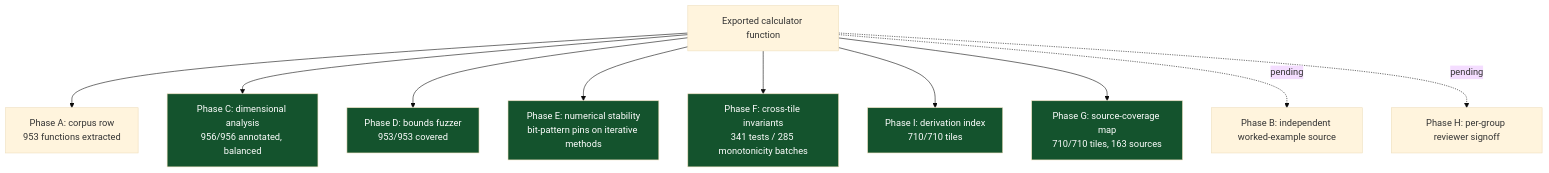
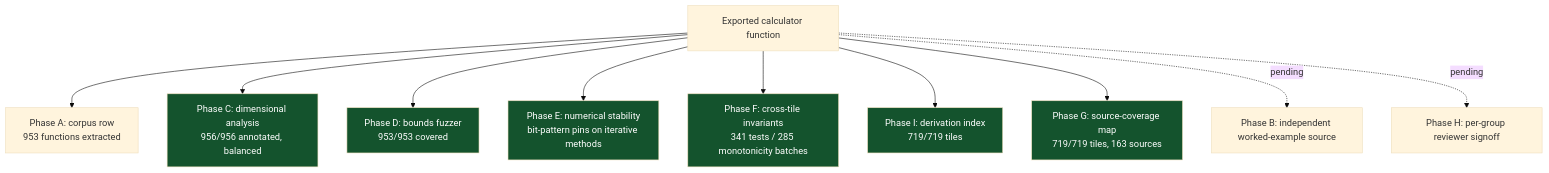
The sixth of 8 diagrams in README.md (clay-good/roughlogic.com), drawn with Mermaid (base theme) before and after one commit. The commit also changed other lines of this file and 25 other files, not shown here.

````diff
--- a/README.md
+++ b/README.md
@@ -519,18 +519,18 @@
 ```mermaid
 flowchart TB
     F[Exported calculator function] --> A[Phase A: corpus row\n953 functions extracted]
     F --> C[Phase C: dimensional analysis\n956/956 annotated, balanced]
     F --> D[Phase D: bounds fuzzer\n953/953 covered]
     F --> E[Phase E: numerical stability\nbit-pattern pins on iterative methods]
     F --> Fa[Phase F: cross-tile invariants\n341 tests / 285 monotonicity batches]
-    F --> I[Phase I: derivation index\n710/710 tiles]
-    F --> G[Phase G: source-coverage map\n710/710 tiles, 163 sources]
+    F --> I[Phase I: derivation index\n719/719 tiles]
+    F --> G[Phase G: source-coverage map\n719/719 tiles, 163 sources]
     F -.pending.-> B[Phase B: independent worked-example source]
     F -.pending.-> H[Phase H: per-group reviewer signoff]
     style C fill:#14532d,color:#fff
     style D fill:#14532d,color:#fff
     style E fill:#14532d,color:#fff
     style Fa fill:#14532d,color:#fff
     style G fill:#14532d,color:#fff
     style I fill:#14532d,color:#fff
 ```
````
